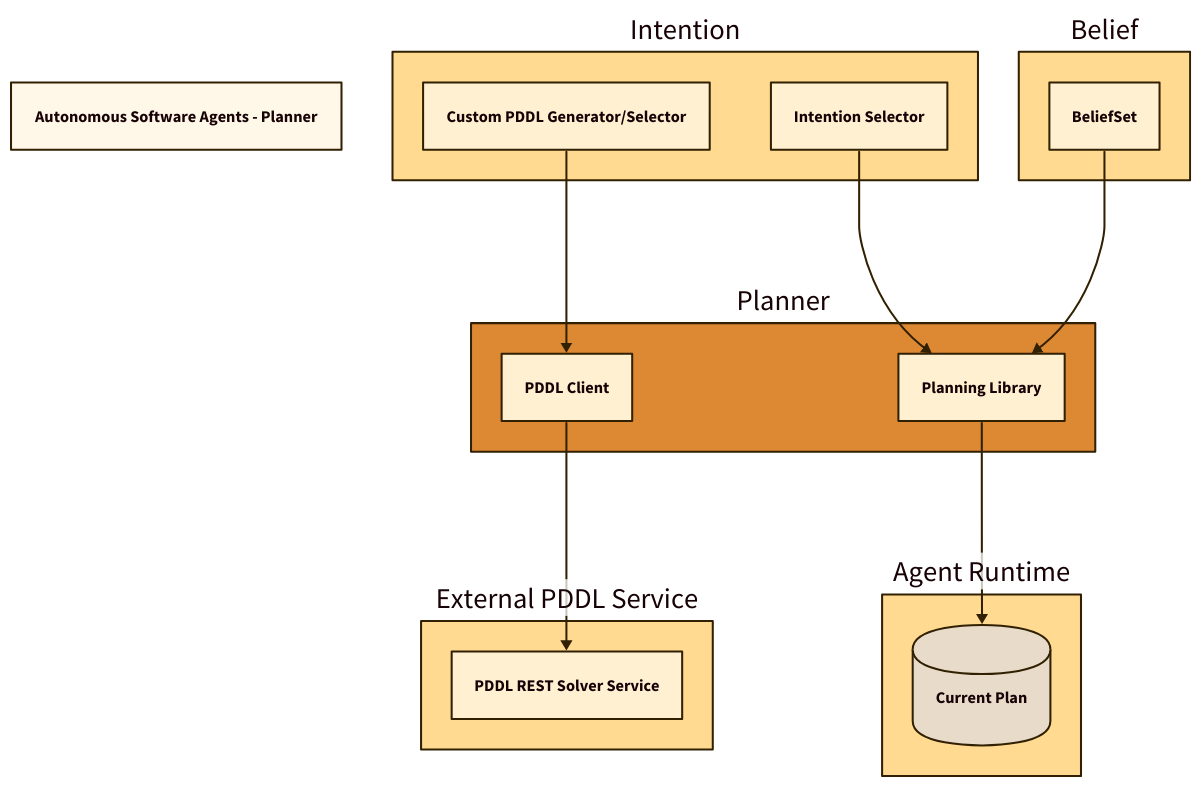
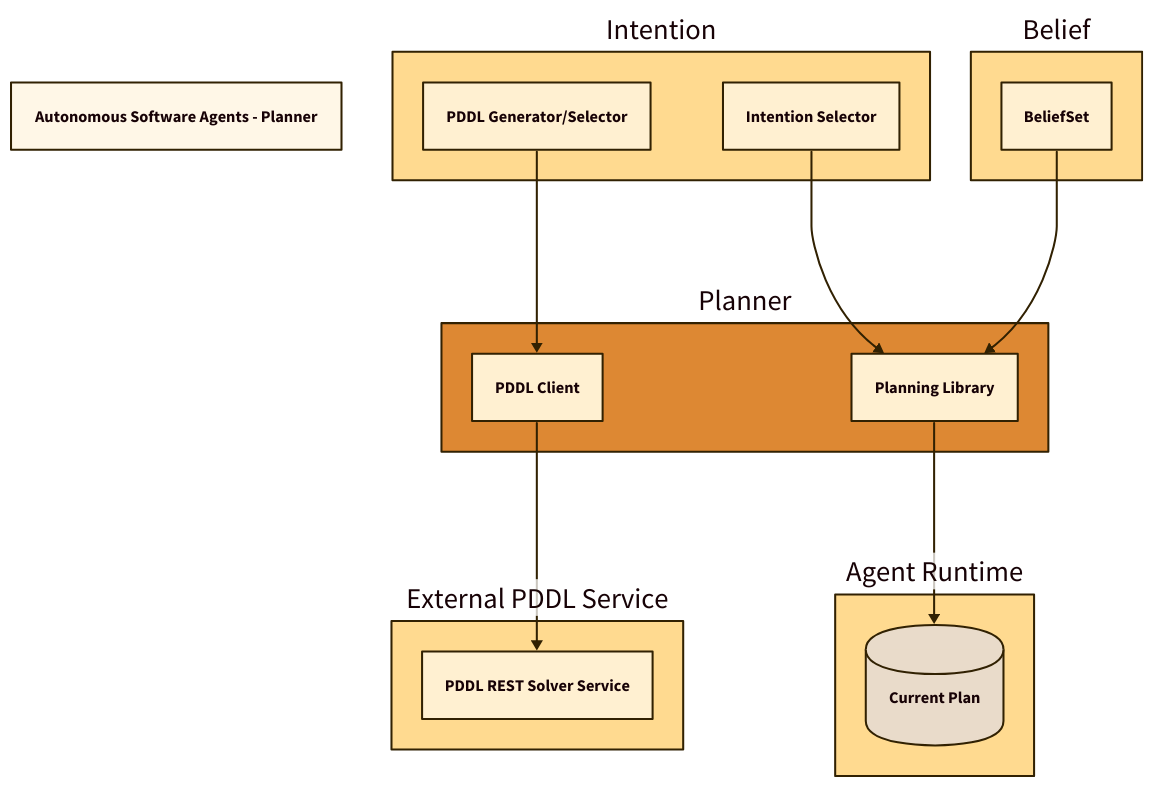
The diagram in presentation/diagrams/planner.d2 (LuigiMiazzo17/unitn-autonomusSoftwareAgents), drawn with D2 before and after one commit. The commit also changed 4 other files, not shown here. The source asks for the TALA layout; these drawings use dagre instead.

```diff
--- a/presentation/diagrams/planner.d2
+++ b/presentation/diagrams/planner.d2
@@ -1,59 +1,59 @@
 title: "Autonomous Software Agents - Planner"
 
 vars: {
   d2-config: {
     layout-engine: tala
     theme-id: 105
   }
 }
 
 pddlSolver: {
   label: "External PDDL Service"
   rest: {
     label: "PDDL REST Solver Service"
   }
 }
 
 beliefs: {
   label: "Belief"
   state: {
     label: "BeliefSet"
   }
 }
 
 agentRuntime: {
   label: "Agent Runtime"
   plan: {
     label: "Current Plan"
     shape: cylinder
   }
 }
 
 intention: {
   label: "Intention"
   selector: {
     label: "Intention Selector"
   }
   pddl: {
-    label: "Custom PDDL Generator/Selector"
+    label: "PDDL Generator/Selector"
   }
 }
 
 planner: {
   label: "Planner"
   style: {
     fill: "#dd8833"
   }
   lib: {
     label: "Planning Library"
   }
   pddl: {
     label: "PDDL Client"
   }
 }
 
 intention.pddl -> planner.pddl
 intention.selector -> planner.lib
 planner.pddl -> pddlSolver.rest
 planner.lib -> agentRuntime.plan
 beliefs.state -> planner.lib
```
